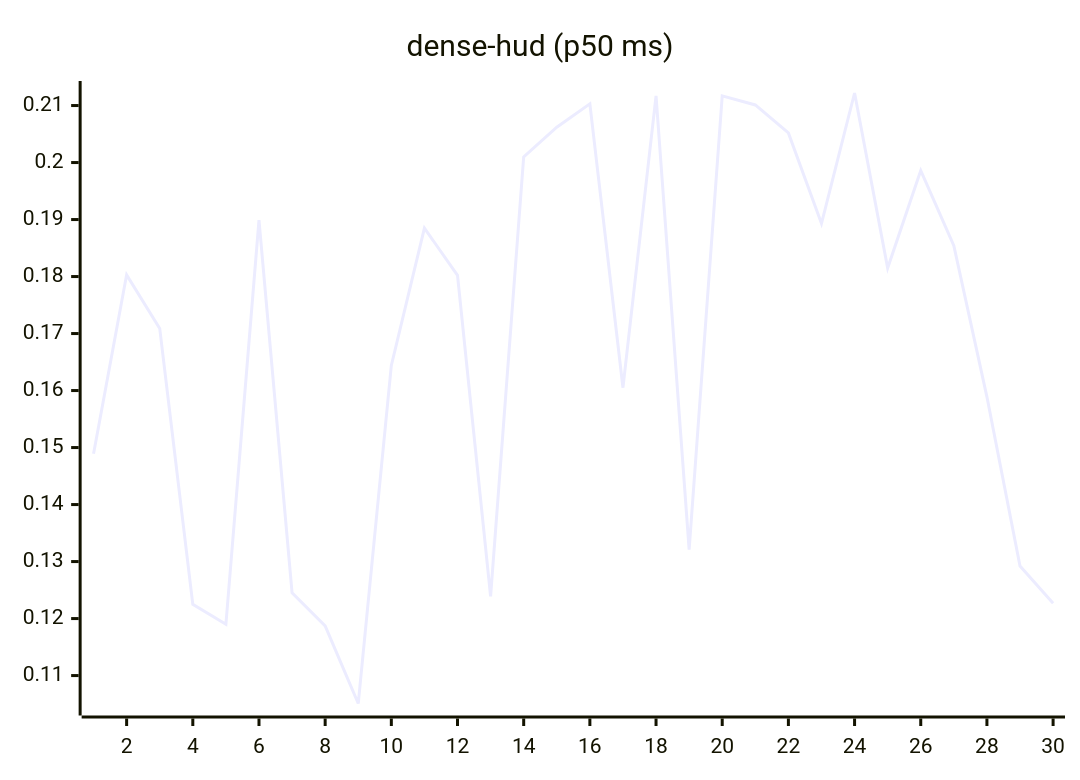
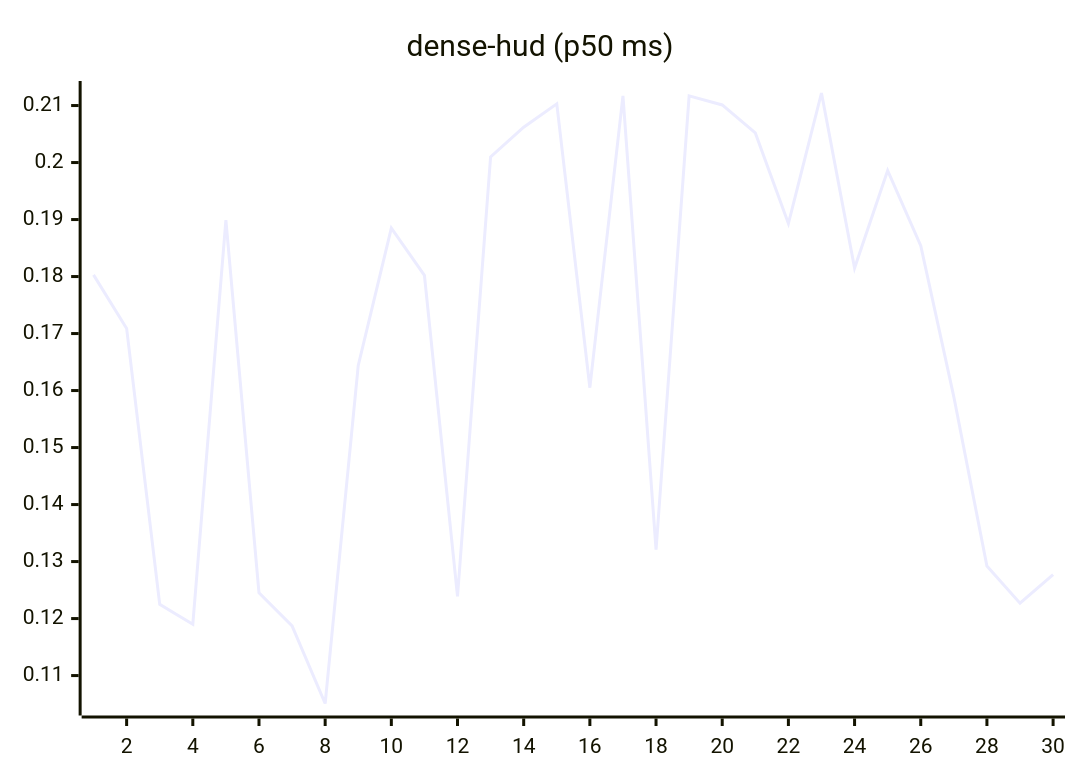
Before and after one commit to josha/Facet: the eighth of 27 diagrams in README.md, drawn with Mermaid. The commit also changed other lines of this file and 2 other files, not shown here.

````diff
--- a/README.md
+++ b/README.md
@@ -112,6 +112,6 @@
 ```mermaid
 xychart-beta
     title "dense-hud (p50 ms)"
     x-axis 1 --> 30
-    line [0.1489, 0.1803, 0.1709, 0.1225, 0.1190, 0.1899, 0.1245, 0.1187, 0.1051, 0.1644, 0.1885, 0.1802, 0.1239, 0.2010, 0.2062, 0.2103, 0.1605, 0.2117, 0.1321, 0.2117, 0.2101, 0.2052, 0.1893, 0.2122, 0.1815, 0.1986, 0.1854, 0.1589, 0.1292, 0.1227]
+    line [0.1803, 0.1709, 0.1225, 0.1190, 0.1899, 0.1245, 0.1187, 0.1051, 0.1644, 0.1885, 0.1802, 0.1239, 0.2010, 0.2062, 0.2103, 0.1605, 0.2117, 0.1321, 0.2117, 0.2101, 0.2052, 0.1893, 0.2122, 0.1815, 0.1986, 0.1854, 0.1589, 0.1292, 0.1227, 0.1277]
 ```
````
